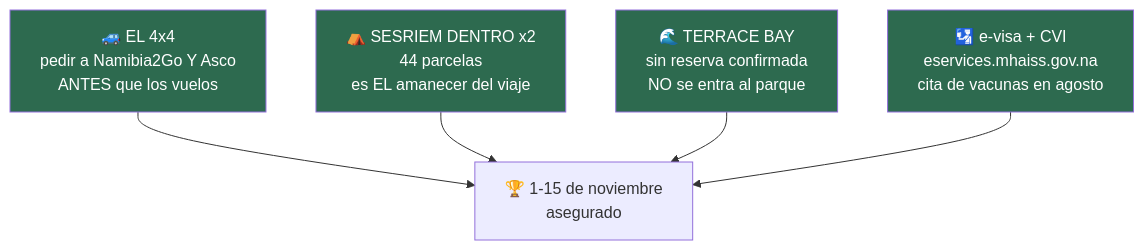
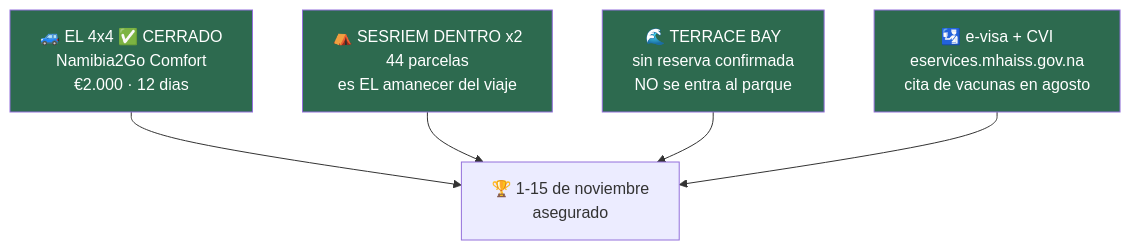
Before and after one commit to morandeirachema/namibia: the seventh of 8 diagrams in README.md, drawn with Mermaid. The commit also changed other lines of this file, not shown here.

First line of the commit message:
Reflejar en todo el README que el coche ya esta cerrado

````diff
--- a/README.md
+++ b/README.md
@@ -297,15 +294,15 @@
 ```mermaid
 flowchart TD
-    A["🚙 EL 4x4<br/>pedir a Namibia2Go Y Asco<br/>ANTES que los vuelos"]
+    A["🚙 EL 4x4 ✅ CERRADO<br/>Namibia2Go Comfort<br/>€2.000 · 12 dias"]
     B["⛺ SESRIEM DENTRO x2<br/>44 parcelas<br/>es EL amanecer del viaje"]
     C["🌊 TERRACE BAY<br/>sin reserva confirmada<br/>NO se entra al parque"]
     D["🛂 e-visa + CVI<br/>eservices.mhaiss.gov.na<br/>cita de vacunas en agosto"]
     A --> E["🏆 1-15 de noviembre<br/>asegurado"]
     B --> E
     C --> E
     D --> E
     style A fill:#2d6a4f,color:#fff
     style B fill:#2d6a4f,color:#fff
     style C fill:#2d6a4f,color:#fff
     style D fill:#2d6a4f,color:#fff
 ```
````
